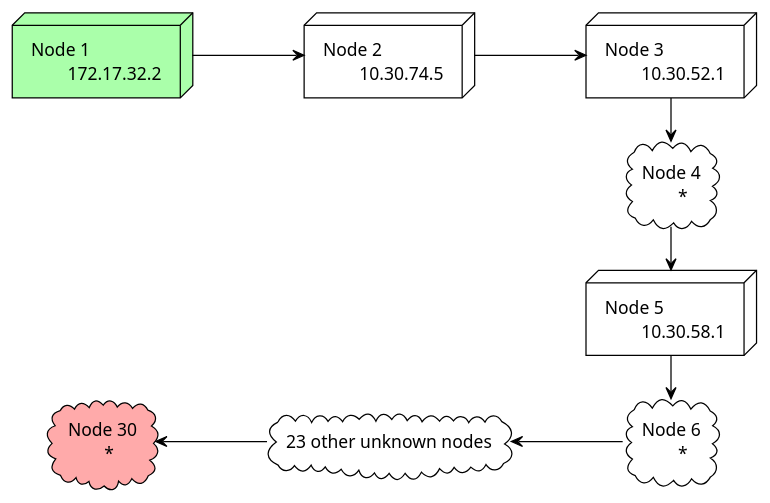
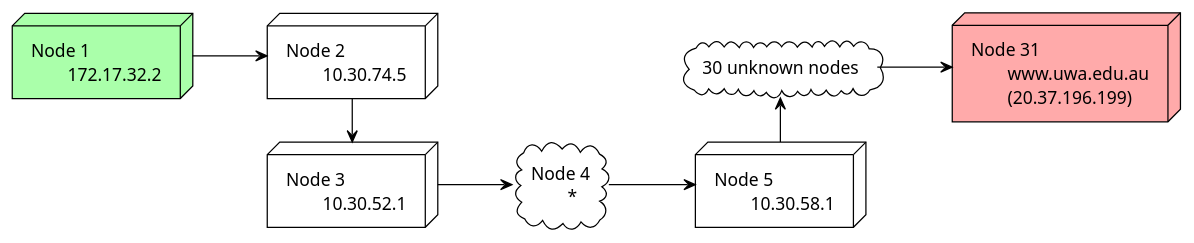
Before and after one commit to zachporter1999/SYSC4602-Assignments: the diagram in assignment-5/diragrams/part4.plantuml, drawn with PlantUML. The commit also changed 2 other files, not shown here.

```diff
--- a/assignment-5/diragrams/part4.plantuml
+++ b/assignment-5/diragrams/part4.plantuml
@@ -1,23 +1,21 @@
 @startuml
 
 left to right direction
 !theme plain
 
 node  node1    as "Node 1\n\t172.17.32.2" #aaffaa
 node  node2    as "Node 2\n\t10.30.74.5"
 node  node3    as "Node 3\n\t10.30.52.1"
 cloud node4    as "Node 4\n\t*"
 node  node5    as "Node 5\n\t10.30.58.1"
-cloud node6    as "Node 6\n\t*"
-cloud node7_29 as "23 other unknown nodes"
-cloud node30   as "Node 30\n\t*" #ffaaaa
+cloud node6_30 as "30 unknown nodes"
+node  node31   as "Node 31\n\twww.uwa.edu.au\n\t(20.37.196.199)" #ffaaaa
 
-node1 --> node2
-node2 --> node3
-node3 -r-> node4
-node4 -r-> node5
-node5 -r-> node6
-node6 -u-> node7_29
-node7_29 -u-> node30
+node1    --> node2
+node2    -r-> node3
+node3    --> node4
+node4    --> node5
+node5    -l-> node6_30
+node6_30 --> node31
 
 @enduml
```
